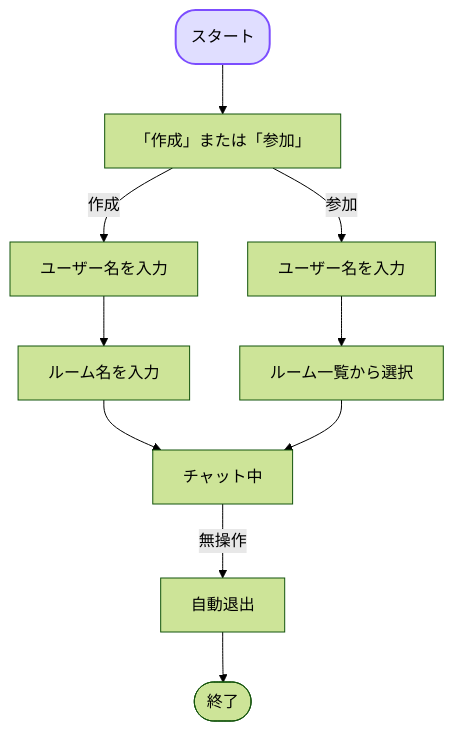
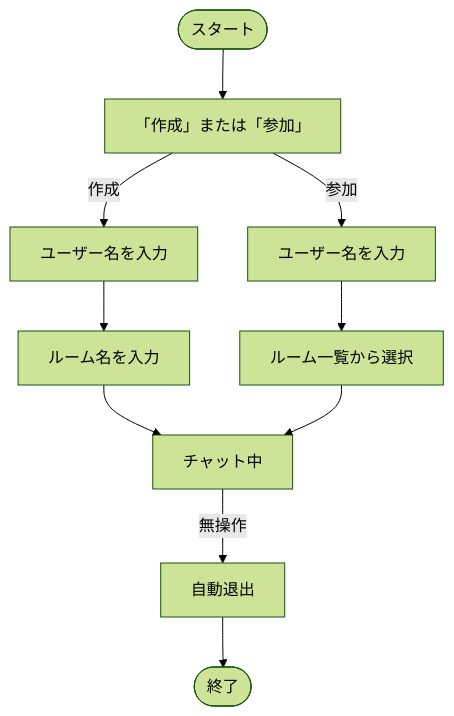
One commit to BackendExplorer/Online-Chat-Service changed the first of 4 diagrams in README.md. Above: the diagram before and after it, drawn with Mermaid (forest theme).

````diff
--- a/README.md
+++ b/README.md
@@ -170,25 +170,22 @@
 ```mermaid
 flowchart TD
-    %%─── クラス定義 ───
-    classDef startNode fill:#E0DEFF,stroke:#7C4DFF,stroke-width:2px,rx:20px,ry:20px;
-
     %%─── ノード定義 ───
-    Start("スタート"):::startNode
+    Start([スタート])
     選択["「作成」または「参加」"]
 
     入力作成[ユーザー名を入力]
     ルーム名入力[ルーム名を入力]
 
     入力参加[ユーザー名を入力]
     ルーム一覧[ルーム一覧から選択]
 
     チャット中[チャット中]
     自動退出[自動退出]
     End([終了])
 
     %%─── フロー定義 ───
     Start --> 選択
     選択 -- 作成 --> 入力作成 --> ルーム名入力 --> チャット中
     選択 -- 参加 --> 入力参加 --> ルーム一覧 --> チャット中
     チャット中 -->|無操作| 自動退出 --> End
 ```
````
